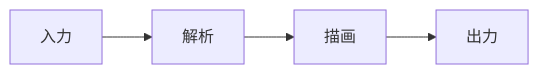
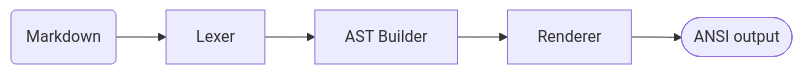
One commit to kohdice/markdown-preview changed the second of 7 diagrams in examples/EXAMPLE_ja.md. Above: the diagram before and after it, drawn with Mermaid. The commit also changed other lines of this file and 2 other files, not shown here.

First line of the commit message:
docs(mermaid): Document extended Mermaid support in README and examples

````diff
--- a/examples/EXAMPLE_ja.md
+++ b/examples/EXAMPLE_ja.md
@@ -217,4 +217,7 @@
 ```mermaid
-graph LR
-    Input[入力] --> Parse[解析] --> Render[描画] --> Output[出力]
+flowchart LR
+    Src(Markdown) --> Lex[Lexer]
+    Lex --> AST[AST Builder]
+    AST --> Render[Renderer]
+    Render --> Out([ANSI output])
 ```
````
